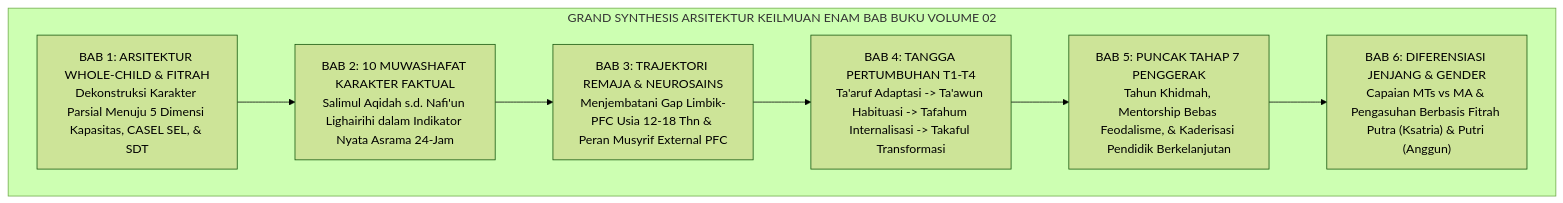
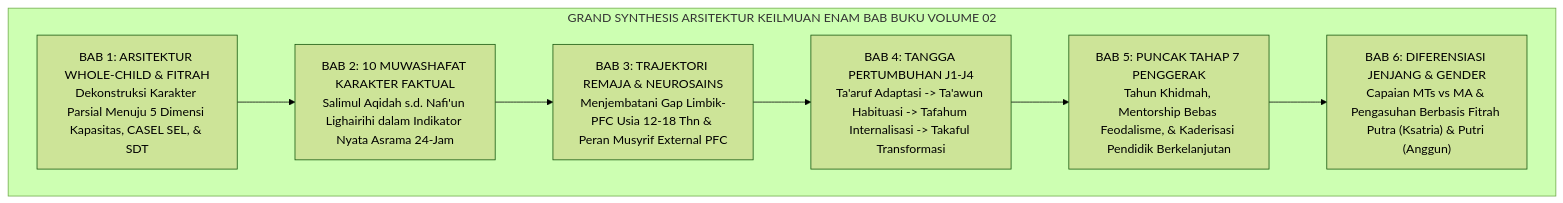
One commit to wandiapriliyandi/tumbuh changed the diagram in BOOK-SERIES/Volume-02/Bab-06-Matriks-Kompetensi-dan-Diferensiasi-Gender/05-Epilog-Menghantarkan-Santri-Menuju-Puncak-Adab.md. Above: the diagram before and after it, drawn with Mermaid (forest theme). The commit also changed other lines of this file and 209 other files, not shown here.

````diff
--- a/BOOK-SERIES/Volume-02/Bab-06-Matriks-Kompetensi-dan-Diferensiasi-Gender/05-Epilog-Menghantarkan-Santri-Menuju-Puncak-Adab.md
+++ b/BOOK-SERIES/Volume-02/Bab-06-Matriks-Kompetensi-dan-Diferensiasi-Gender/05-Epilog-Menghantarkan-Santri-Menuju-Puncak-Adab.md
@@ -16,18 +16,18 @@
 ```mermaid
 graph TD
     subgraph GrandSynthesisVol2["GRAND SYNTHESIS ARSITEKTUR KEILMUAN ENAM BAB BUKU VOLUME 02"]
         B1["BAB 1: ARSITEKTUR WHOLE-CHILD & FITRAH<br/>Dekonstruksi Karakter Parsial Menuju 5 Dimensi Kapasitas, CASEL SEL, & SDT"]
         
         B2["BAB 2: 10 MUWASHAFAT KARAKTER FAKTUAL<br/>Salimul Aqidah s.d. Nafi'un Lighairihi dalam Indikator Nyata Asrama 24-Jam"]
         
         B3["BAB 3: TRAJEKTORI REMAJA & NEUROSAINS<br/>Menjembatani Gap Limbik-PFC Usia 12-18 Thn & Peran Musyrif External PFC"]
         
-        B4["BAB 4: TANGGA PERTUMBUHAN T1-T4<br/>Ta'aruf Adaptasi -> Ta'awun Habituasi -> Tafahum Internalisasi -> Takaful Transformasi"]
+        B4["BAB 4: TANGGA PERTUMBUHAN J1-J4<br/>Ta'aruf Adaptasi -> Ta'awun Habituasi -> Tafahum Internalisasi -> Takaful Transformasi"]
         
         B5["BAB 5: PUNCAK TAHAP 7 PENGGERAK<br/>Tahun Khidmah, Mentorship Bebas Feodalisme, & Kaderisasi Pendidik Berkelanjutan"]
         
         B6["BAB 6: DIFERENSIASI JENJANG & GENDER<br/>Capaian MTs vs MA & Pengasuhan Berbasis Fitrah Putra (Ksatria) & Putri (Anggun)"]
         
         B1 --> B2 --> B3 --> B4 --> B5 --> B6
     end
 ```
````
